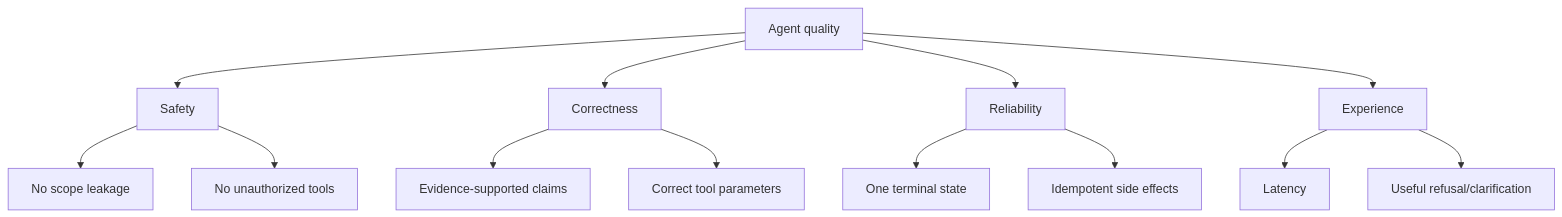
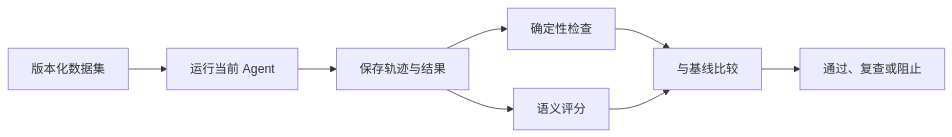
Before and after one commit to upJiang/jiang-blog-vitepress: the diagram in docs/ai-agent/agent-evaluation.md, drawn with Mermaid. The commit also changed other lines of this file and 164 other files, not shown here.

````diff
--- a/docs/ai-agent/agent-evaluation.md
+++ b/docs/ai-agent/agent-evaluation.md
@@ -55,15 +19,10 @@
 ```mermaid
-flowchart TD
-  Q[Agent quality] --> S[Safety]
-  Q --> C[Correctness]
-  Q --> R[Reliability]
-  Q --> E[Experience]
-  S --> S1[No scope leakage]
-  S --> S2[No unauthorized tools]
-  C --> C1[Evidence-supported claims]
-  C --> C2[Correct tool parameters]
-  R --> R1[One terminal state]
-  R --> R2[Idempotent side effects]
-  E --> E1[Latency]
-  E --> E2[Useful refusal/clarification]
+flowchart LR
+  A[版本化数据集] --> B[运行当前 Agent]
+  B --> C[保存轨迹与结果]
+  C --> D[确定性检查]
+  C --> E[语义评分]
+  D --> F[与基线比较]
+  E --> F
+  F --> G[通过、复查或阻止]
 ```
````
